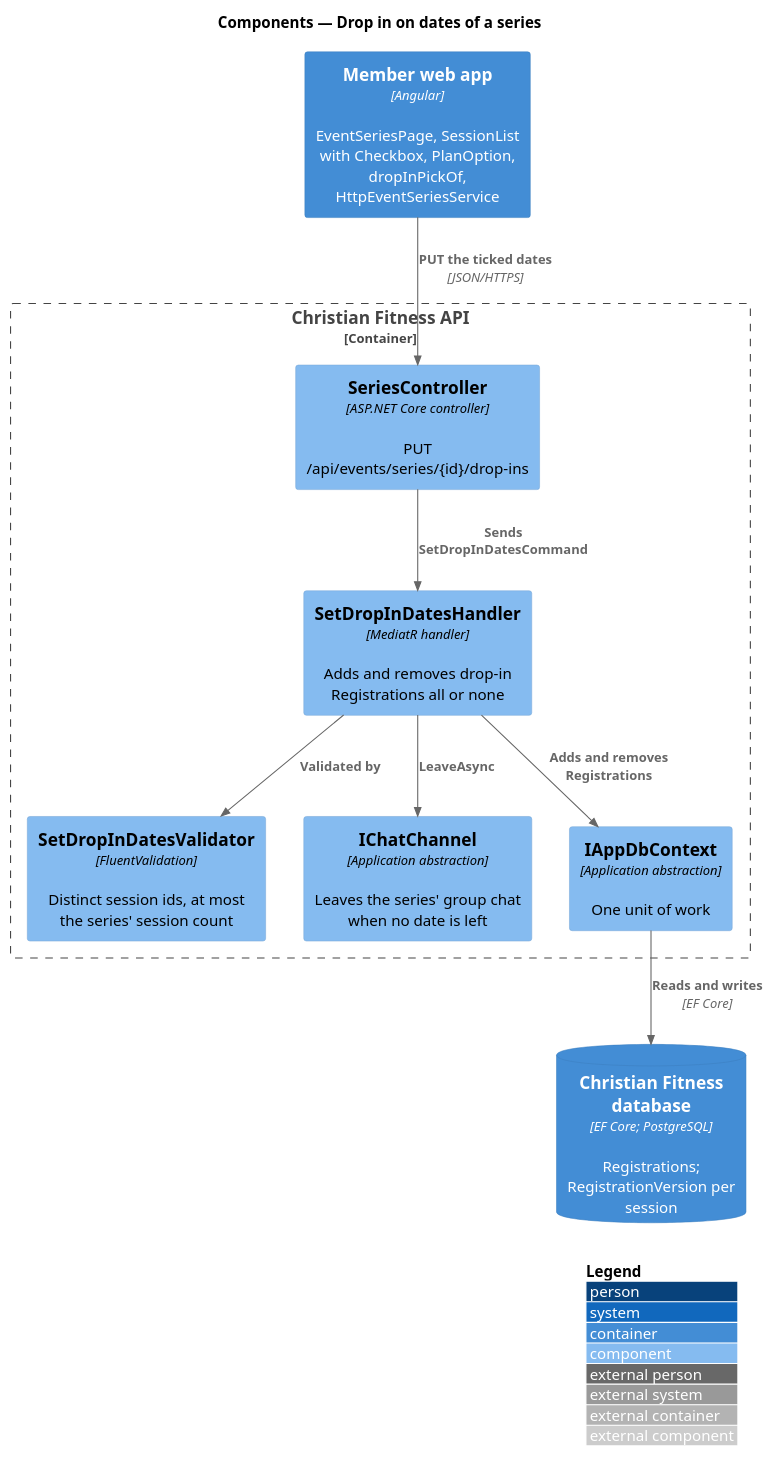
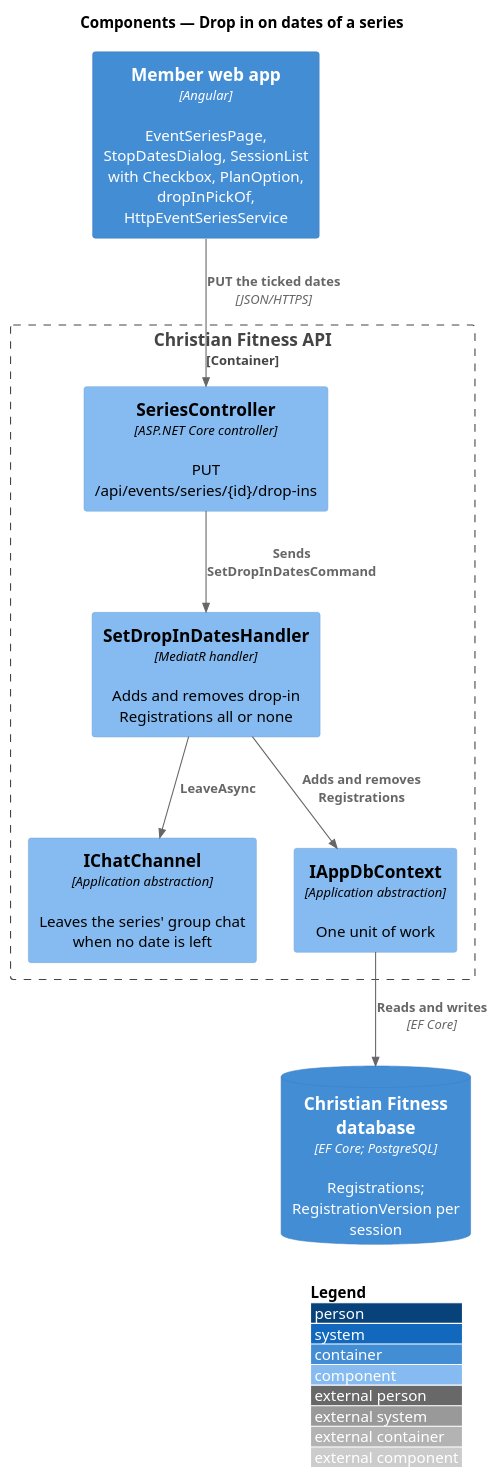
Before and after one commit to QuinntyneBrown/christian-fitness: the diagram in docs/detailed-designs/events/drop-in-on-series-dates/diagrams/c4-component.puml, drawn with PlantUML. The commit also changed 36 other files, not shown here.

First line of the commit message:
Journey 13: ADR 0102, the drop-in design amended, and the mock states for registering, changing dates, Full and a joined member's dates

```diff
--- a/docs/detailed-designs/events/drop-in-on-series-dates/diagrams/c4-component.puml
+++ b/docs/detailed-designs/events/drop-in-on-series-dates/diagrams/c4-component.puml
@@ -1,21 +1,19 @@
 @startuml
 !include <C4/C4_Component>
 LAYOUT_WITH_LEGEND()
 title Components — Drop in on dates of a series
 
-Container(web, "Member web app", "Angular", "EventSeriesPage, SessionList with Checkbox, PlanOption, dropInPickOf, HttpEventSeriesService")
+Container(web, "Member web app", "Angular", "EventSeriesPage, StopDatesDialog, SessionList with Checkbox, PlanOption, dropInPickOf, HttpEventSeriesService")
 Container_Boundary(api, "Christian Fitness API") {
   Component(ctrl, "SeriesController", "ASP.NET Core controller", "PUT /api/events/series/{id}/drop-ins")
-  Component(val, "SetDropInDatesValidator", "FluentValidation", "Distinct session ids, at most the series' session count")
   Component(h, "SetDropInDatesHandler", "MediatR handler", "Adds and removes drop-in Registrations all or none")
   Component(chat, "IChatChannel", "Application abstraction", "Leaves the series' group chat when no date is left")
   Component(ctx, "IAppDbContext", "Application abstraction", "One unit of work")
 }
 ContainerDb(db, "Christian Fitness database", "EF Core; PostgreSQL", "Registrations; RegistrationVersion per session")
 Rel(web, ctrl, "PUT the ticked dates", "JSON/HTTPS")
 Rel(ctrl, h, "Sends SetDropInDatesCommand")
-Rel(h, val, "Validated by")
 Rel(h, ctx, "Adds and removes Registrations")
 Rel(h, chat, "LeaveAsync")
 Rel(ctx, db, "Reads and writes", "EF Core")
 @enduml
```
